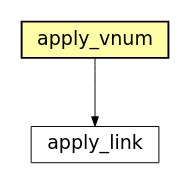
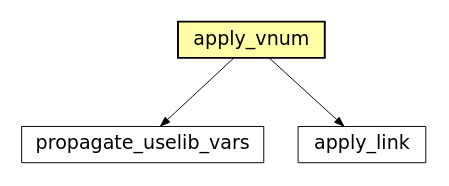
One commit to timb-machine-mirrors/gitlab-org-protocol-fuzzer-ce changed diagram 11 of 45 in build/waf/docs/sphinx/featuremap.rst. Above: the diagram before and after it, drawn with Graphviz. The commit also changed other lines of this file and 601 other files, not shown here.

```diff
--- a/build/waf/docs/sphinx/featuremap.rst
+++ b/build/waf/docs/sphinx/featuremap.rst
@@ -324,8 +535,10 @@
 .. graphviz::
 
 	digraph feature_dshlib {
-	size="8.0, 12.0";
-		"apply_vnum" [style="setlinewidth(0.5)",URL="tools/ccroot.html#waflib.Tools.ccroot.apply_vnum",fontname="Vera Sans, DejaVu Sans, Liberation Sans, Arial, Helvetica, sans",height=0.25,shape=box,fontsize=10,fillcolor="#fffea6",style=filled];
-	"apply_link" [style="setlinewidth(0.5)",URL="tools/ccroot.html#waflib.Tools.ccroot.apply_link",fontname="Vera Sans, DejaVu Sans, Liberation Sans, Arial, Helvetica, sans",height=0.25,shape=box,fontsize=10];
-	"apply_vnum" -> "apply_link" [arrowsize=0.5,style="setlinewidth(0.5)"];
+		size="8.0, 12.0";
+		"propagate_uselib_vars" [style="setlinewidth(0.5)",URL="../tools/ccroot.html#waflib.Tools.ccroot.propagate_uselib_vars",target="_top",fontname="Vera Sans, DejaVu Sans, Liberation Sans, Arial, Helvetica, sans",height=0.25,shape="rectangle",fontsize=10];
+		"apply_vnum" [style="setlinewidth(0.5)",URL="../tools/ccroot.html#waflib.Tools.ccroot.apply_vnum",target="_top",fontname="Vera Sans, DejaVu Sans, Liberation Sans, Arial, Helvetica, sans",height=0.25,shape="rectangle",fontsize=10,fillcolor="#fffea6",style=filled];
+		"apply_link" [style="setlinewidth(0.5)",URL="../tools/ccroot.html#waflib.Tools.ccroot.apply_link",target="_top",fontname="Vera Sans, DejaVu Sans, Liberation Sans, Arial, Helvetica, sans",height=0.25,shape="rectangle",fontsize=10];
+		"apply_vnum" -> "apply_link" [arrowsize=0.5,style="setlinewidth(0.5)"];
+		"apply_vnum" -> "propagate_uselib_vars" [arrowsize=0.5,style="setlinewidth(0.5)"];
 	}
```
